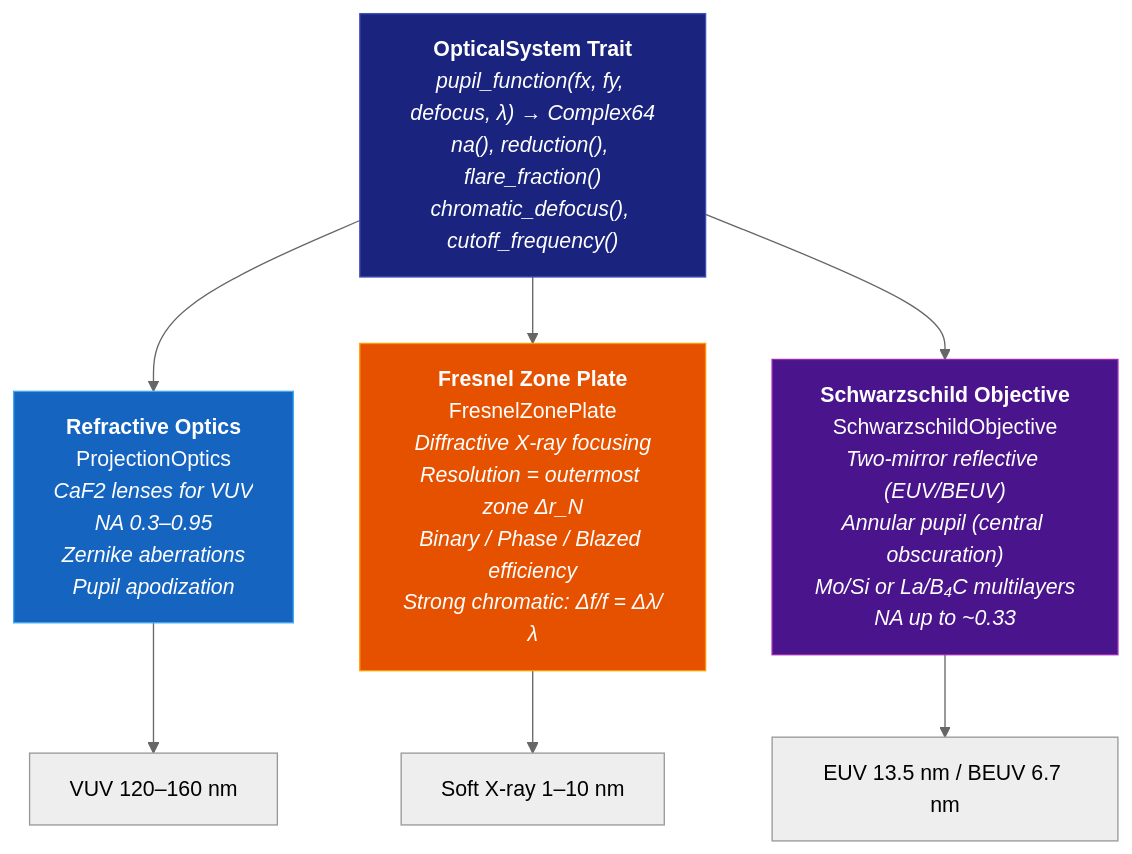
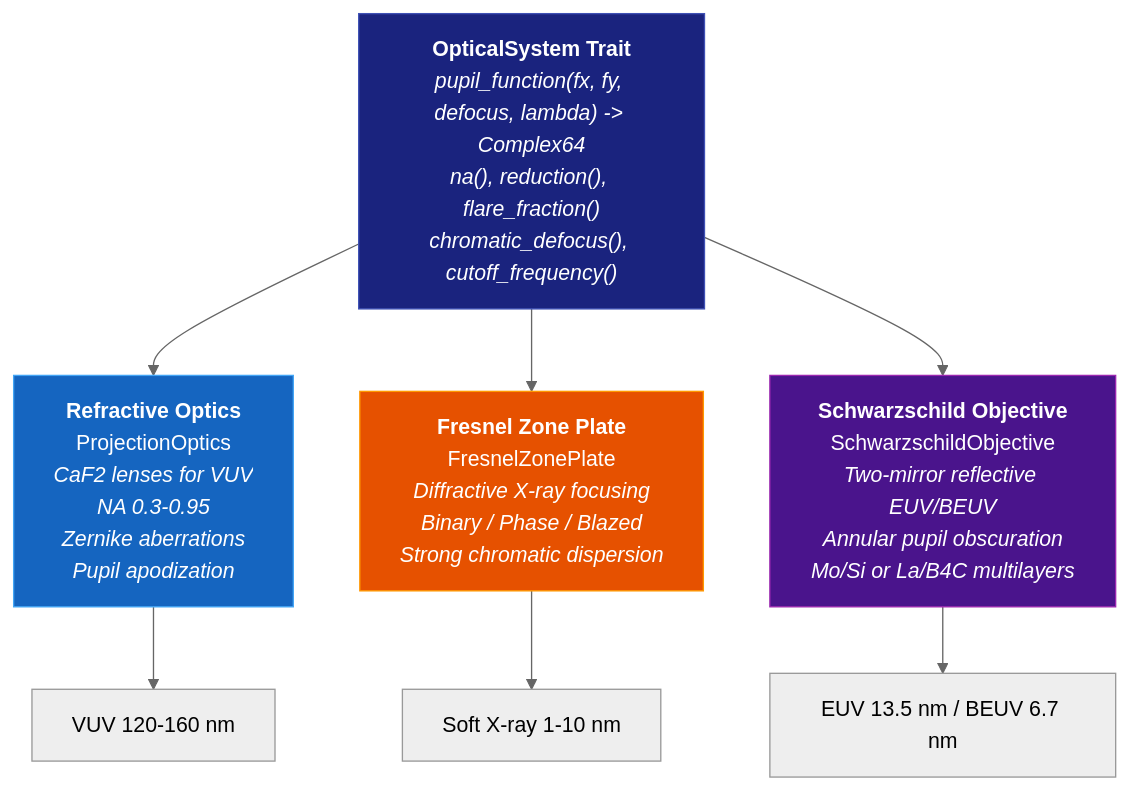
One commit to EMinsight/highuvlith changed the fourth of 8 diagrams in README.md. Above: the diagram before and after it, drawn with Mermaid (neutral theme). The commit also changed other lines of this file and 72 other files, not shown here.

````diff
--- a/README.md
+++ b/README.md
@@ -88,17 +126,17 @@
 ```mermaid
 graph TB
-    TRAIT["<b>OpticalSystem Trait</b><br/><i>pupil_function(fx, fy, defocus, λ) → Complex64<br/>na(), reduction(), flare_fraction()<br/>chromatic_defocus(), cutoff_frequency()</i>"]
+    TRAIT["<b>OpticalSystem Trait</b><br/><i>pupil_function(fx, fy, defocus, lambda) -> Complex64<br/>na(), reduction(), flare_fraction()<br/>chromatic_defocus(), cutoff_frequency()</i>"]
 
-    TRAIT --> REF["<b>Refractive Optics</b><br/>ProjectionOptics<br/><i>CaF2 lenses for VUV<br/>NA 0.3–0.95<br/>Zernike aberrations<br/>Pupil apodization</i>"]
-    TRAIT --> ZP["<b>Fresnel Zone Plate</b><br/>FresnelZonePlate<br/><i>Diffractive X-ray focusing<br/>Resolution = outermost zone Δr_N<br/>Binary / Phase / Blazed efficiency<br/>Strong chromatic: Δf/f = Δλ/λ</i>"]
-    TRAIT --> SCH["<b>Schwarzschild Objective</b><br/>SchwarzschildObjective<br/><i>Two-mirror reflective (EUV/BEUV)<br/>Annular pupil (central obscuration)<br/>Mo/Si or La/B₄C multilayers<br/>NA up to ~0.33</i>"]
+    TRAIT --> REF["<b>Refractive Optics</b><br/>ProjectionOptics<br/><i>CaF2 lenses for VUV<br/>NA 0.3-0.95<br/>Zernike aberrations<br/>Pupil apodization</i>"]
+    TRAIT --> ZP["<b>Fresnel Zone Plate</b><br/>FresnelZonePlate<br/><i>Diffractive X-ray focusing<br/>Binary / Phase / Blazed<br/>Strong chromatic dispersion</i>"]
+    TRAIT --> SCH["<b>Schwarzschild Objective</b><br/>SchwarzschildObjective<br/><i>Two-mirror reflective EUV/BEUV<br/>Annular pupil obscuration<br/>Mo/Si or La/B4C multilayers</i>"]
 
-    REF --> VUV["VUV 120–160 nm"]
-    ZP --> XRAY["Soft X-ray 1–10 nm"]
+    REF --> VUV["VUV 120-160 nm"]
+    ZP --> XRAY["Soft X-ray 1-10 nm"]
     SCH --> EUV["EUV 13.5 nm / BEUV 6.7 nm"]
 
     style TRAIT fill:#1a237e,stroke:#3f51b5,color:#fff
     style REF fill:#1565c0,stroke:#42a5f5,color:#fff
     style ZP fill:#e65100,stroke:#ff9800,color:#fff
     style SCH fill:#4a148c,stroke:#9c27b0,color:#fff
 ```
````
